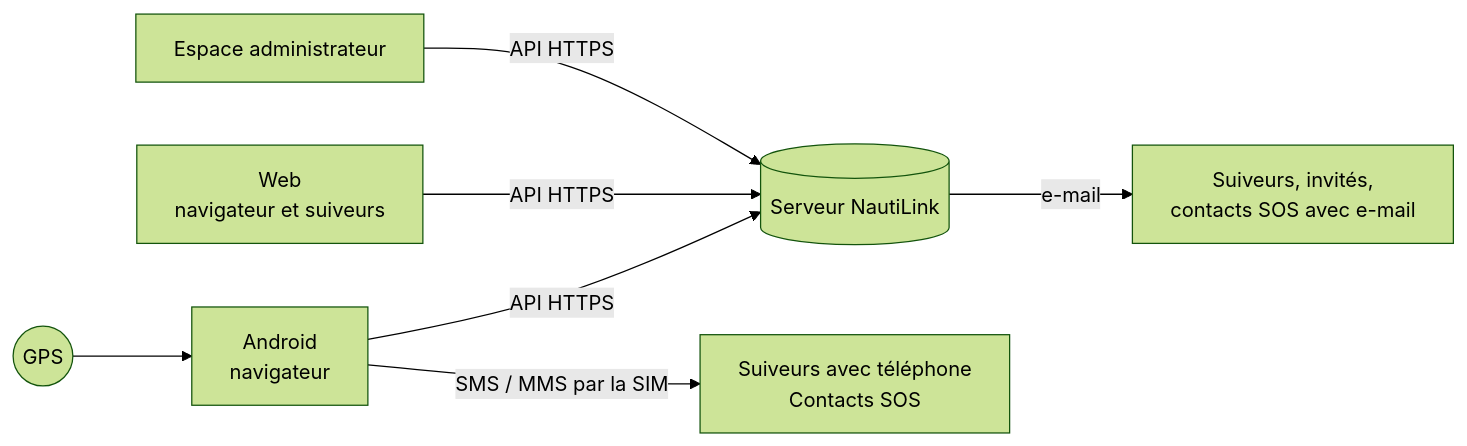
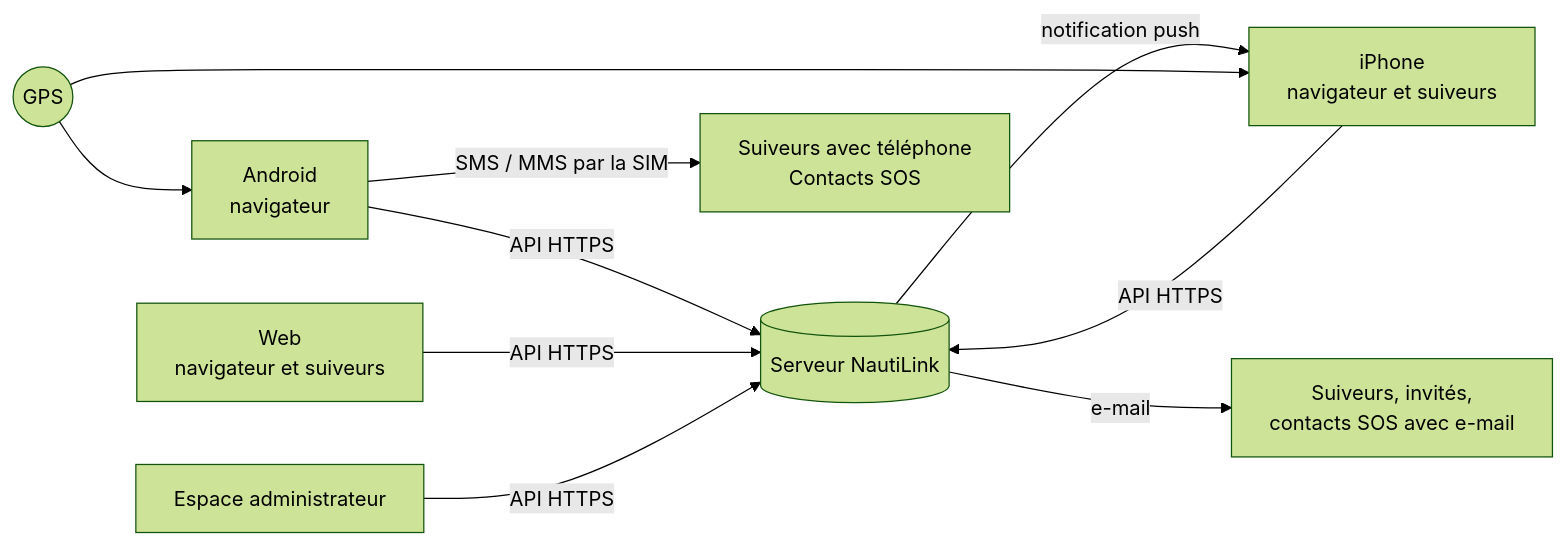
The diagram in docs/01-cahier-des-charges.md (gmoulard/NautiLink), drawn with Mermaid (forest theme) before and after one commit. The commit also changed other lines of this file and 11 other files, not shown here.

````diff
--- a/docs/01-cahier-des-charges.md
+++ b/docs/01-cahier-des-charges.md
@@ -45,9 +46,12 @@
 ```mermaid
 flowchart LR
   A[Android<br/>navigateur] -- API HTTPS --> S[(Serveur NautiLink)]
+  I[iPhone<br/>navigateur et suiveurs] -- API HTTPS --> S
+  S -- notification push --> I
   W[Web<br/>navigateur et suiveurs] -- API HTTPS --> S
   ADM[Espace administrateur] -- API HTTPS --> S
   A -- SMS / MMS par la SIM --> D[Suiveurs avec téléphone<br/>Contacts SOS]
   S -- e-mail --> E[Suiveurs, invités,<br/>contacts SOS avec e-mail]
   G((GPS)) --> A
+  G --> I
 ```
````
